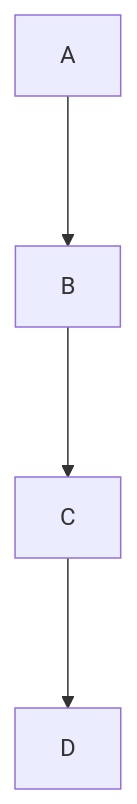
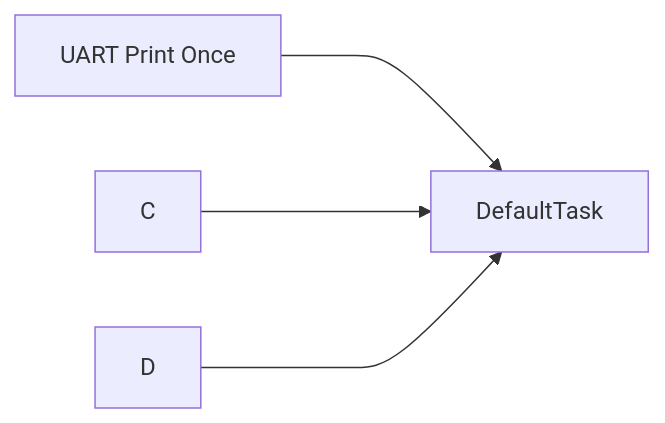
Before and after one commit to trulycaffeinated/RIT2025-26: the diagram in S8/CPET 461 - RTOS/Labs/Lab3_Semaphore/Lab3 Diagram.md, drawn with Mermaid.

Commit message:
vault backup: 2026-02-02 11:25:34

````diff
--- a/S8/CPET 461 - RTOS/Labs/Lab3_Semaphore/Lab3 Diagram.md
+++ b/S8/CPET 461 - RTOS/Labs/Lab3_Semaphore/Lab3 Diagram.md
@@ -1,6 +1,7 @@
 ```mermaid
-flowchart TB
-	A ---> B
-	B ---> C
-	C ---> D
+%%{init: {"flowchart": {"curve": "basis"}} }%%
+flowchart LR
+	B[UART Print Once] ---> A[DefaultTask]
+	C ---> A
+	D ---> A
 ```
````
